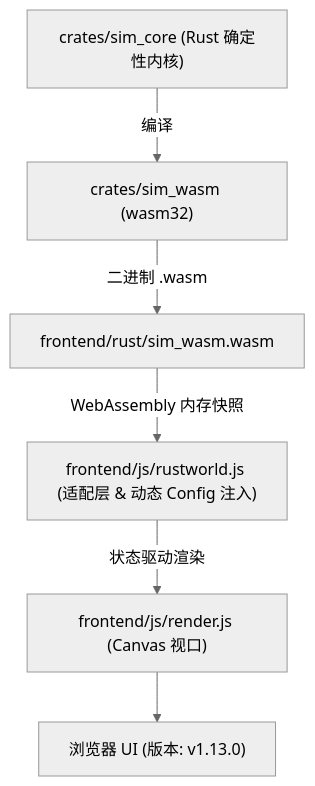
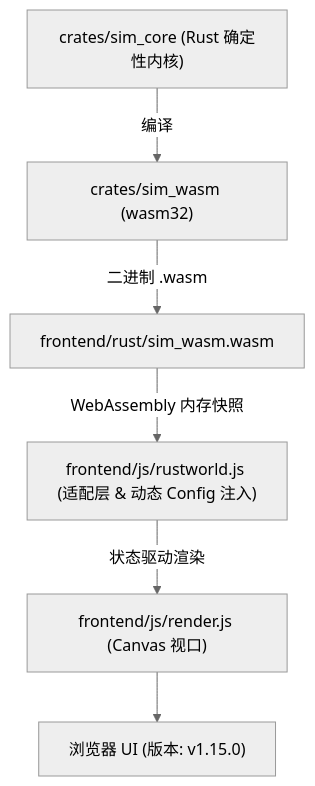
The diagram in AGENTS.md (g39088902/FlowAndAccord), drawn with Mermaid (neutral theme) before and after one commit. The commit also changed other lines of this file and 32 other files, not shown here.

````diff
--- a/AGENTS.md
+++ b/AGENTS.md
@@ -50,8 +50,8 @@
 ```mermaid
 graph TD
     A["crates/sim_core (Rust 确定性内核)"] -->|编译| B["crates/sim_wasm (wasm32)"]
     B -->|二进制 .wasm| C["frontend/rust/sim_wasm.wasm"]
     C -->|WebAssembly 内存快照| D["frontend/js/rustworld.js (适配层 & 动态 Config 注入)"]
     D -->|状态驱动渲染| E["frontend/js/render.js (Canvas 视口)"]
-    E --> F["浏览器 UI (版本: v1.13.0)"]
+    E --> F["浏览器 UI (版本: v1.15.0)"]
 ```
````
